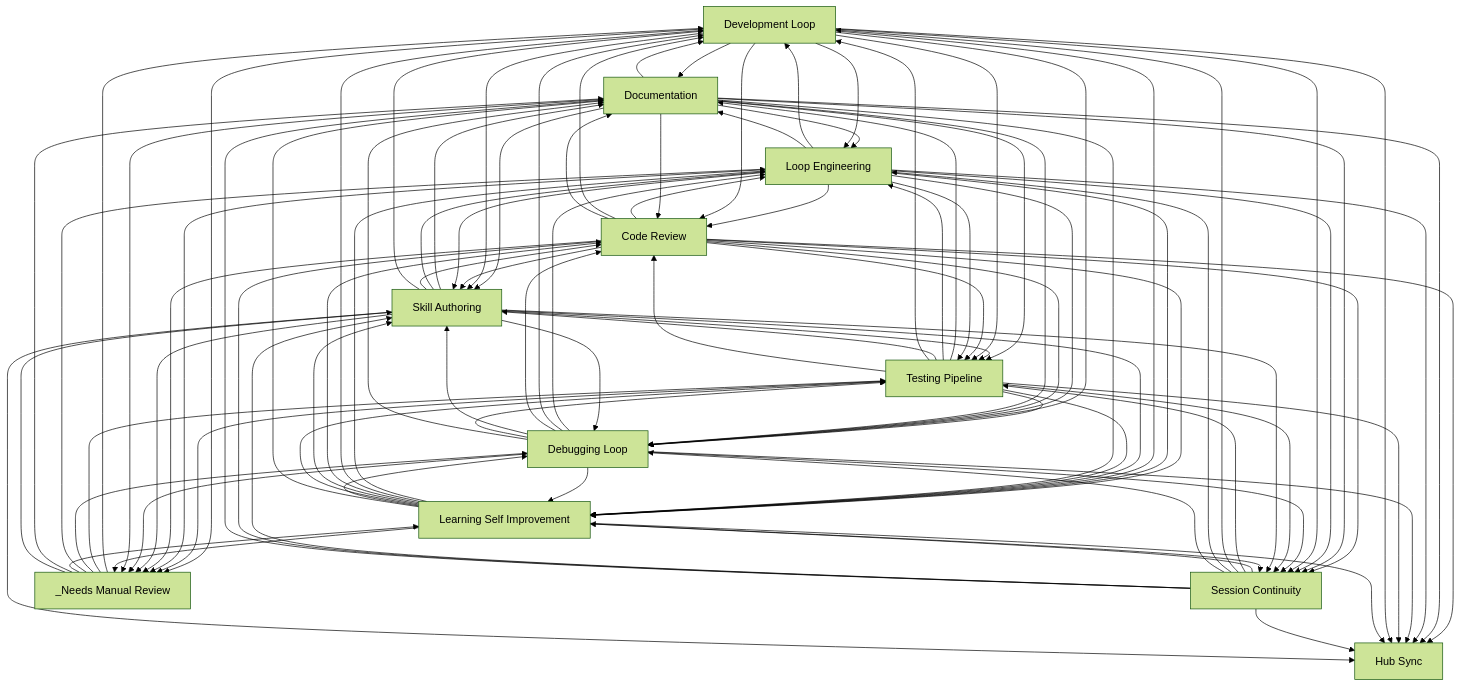
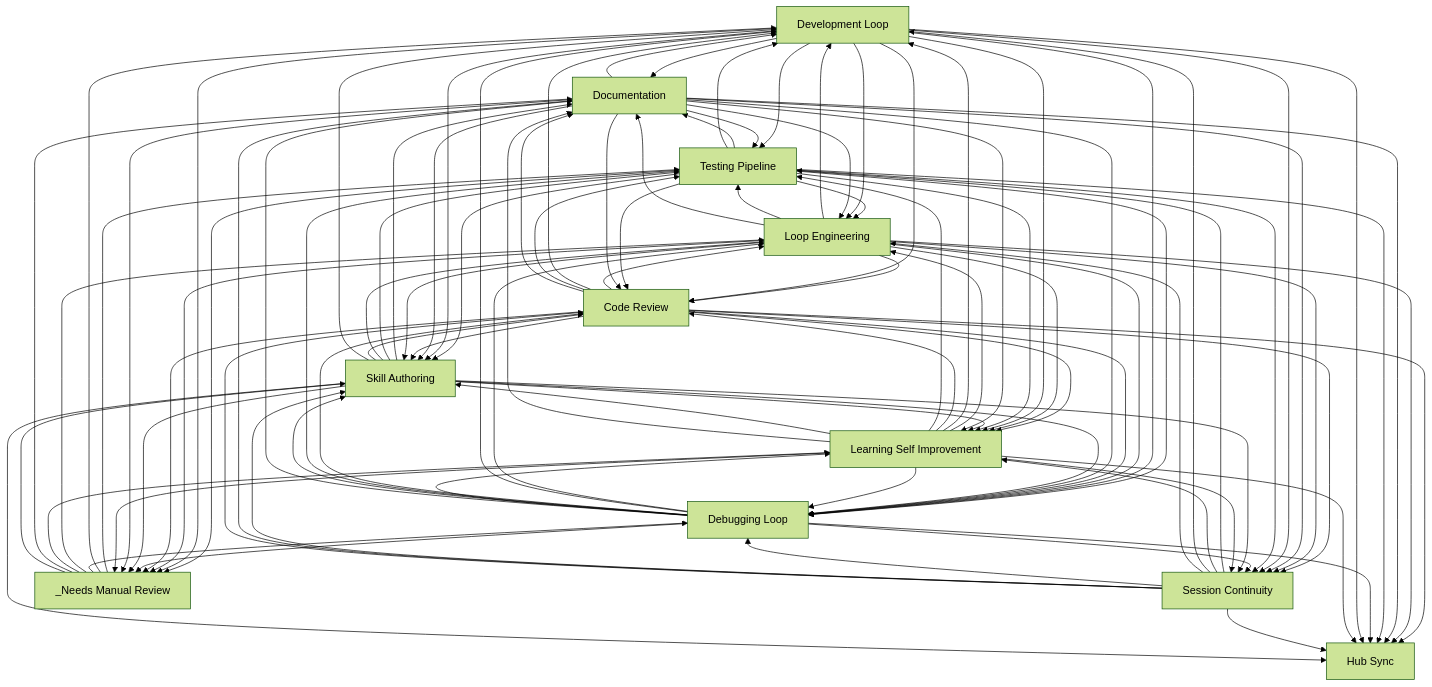
Before and after one commit to abhayla/claude-best-practices: the diagram in docs/workflows/INDEX.md, drawn with Mermaid (forest theme). The commit also changed other lines of this file and 20 other files, not shown here.

````diff
--- a/docs/workflows/INDEX.md
+++ b/docs/workflows/INDEX.md
@@ -33,100 +33,100 @@
     documentation[Documentation]
     hub_sync[Hub Sync]
     _needs_manual_review[_Needs Manual Review]
+    testing_pipeline --> documentation
+    development_loop --> documentation
     skill_authoring --> documentation
-    development_loop --> documentation
-    testing_pipeline --> documentation
+    testing_pipeline --> loop_engineering
+    testing_pipeline --> skill_authoring
+    development_loop --> testing_pipeline
+    development_loop --> loop_engineering
+    development_loop --> skill_authoring
+    documentation --> testing_pipeline
     documentation --> loop_engineering
     documentation --> skill_authoring
-    documentation --> testing_pipeline
+    skill_authoring --> testing_pipeline
     skill_authoring --> loop_engineering
-    skill_authoring --> testing_pipeline
-    development_loop --> loop_engineering
-    development_loop --> skill_authoring
-    development_loop --> testing_pipeline
-    testing_pipeline --> loop_engineering
-    testing_pipeline --> skill_authoring
     code_review --> loop_engineering
     code_review --> development_loop
+    code_review --> testing_pipeline
     code_review --> skill_authoring
-    code_review --> testing_pipeline
     loop_engineering --> development_loop
     loop_engineering --> code_review
+    loop_engineering --> testing_pipeline
     loop_engineering --> skill_authoring
-    loop_engineering --> testing_pipeline
     development_loop --> code_review
     code_review --> learning_self_improvement
     loop_engineering --> learning_self_improvement
     development_loop --> learning_self_improvement
+    testing_pipeline --> development_loop
+    _needs_manual_review --> testing_pipeline
     _needs_manual_review --> development_loop
-    _needs_manual_review --> testing_pipeline
-    testing_pipeline --> development_loop
+    testing_pipeline --> debugging_loop
     _needs_manual_review --> debugging_loop
     _needs_manual_review --> loop_engineering
-    testing_pipeline --> debugging_loop
     testing_pipeline --> code_review
     debugging_loop --> loop_engineering
     debugging_loop --> development_loop
     debugging_loop --> code_review
+    debugging_loop --> testing_pipeline
     debugging_loop --> skill_authoring
-    debugging_loop --> testing_pipeline
     development_loop --> debugging_loop
     documentation --> development_loop
     loop_engineering --> debugging_loop
     loop_engineering --> documentation
     skill_authoring --> code_review
     skill_authoring --> development_loop
+    testing_pipeline --> learning_self_improvement
     skill_authoring --> learning_self_improvement
-    testing_pipeline --> learning_self_improvement
+    testing_pipeline --> _needs_manual_review
     development_loop --> _needs_manual_review
-    testing_pipeline --> _needs_manual_review
     code_review --> debugging_loop
     documentation --> code_review
     documentation --> debugging_loop
-    code_review --> hub_sync
     code_review --> documentation
     code_review --> session_continuity
+    code_review --> hub_sync
+    loop_engineering --> session_continuity
+    loop_engineering --> hub_sync
+    documentation --> session_continuity
     documentation --> hub_sync
     documentation --> learning_self_improvement
-    documentation --> session_continuity
-    loop_engineering --> hub_sync
-    loop_engineering --> session_continuity
+    development_loop --> session_continuity
+    session_continuity --> testing_pipeline
     session_continuity --> learning_self_improvement
-    session_continuity --> testing_pipeline
-    development_loop --> session_continuity
     _needs_manual_review --> learning_self_improvement
+    testing_pipeline --> session_continuity
+    debugging_loop --> session_continuity
     debugging_loop --> learning_self_improvement
-    debugging_loop --> session_continuity
-    testing_pipeline --> session_continuity
+    testing_pipeline --> hub_sync
+    debugging_loop --> documentation
     debugging_loop --> hub_sync
-    debugging_loop --> documentation
-    testing_pipeline --> hub_sync
     development_loop --> hub_sync
+    skill_authoring --> session_continuity
     session_continuity --> development_loop
+    skill_authoring --> debugging_loop
     session_continuity --> loop_engineering
     session_continuity --> debugging_loop
-    skill_authoring --> session_continuity
-    skill_authoring --> debugging_loop
     learning_self_improvement --> loop_engineering
     learning_self_improvement --> development_loop
     learning_self_improvement --> code_review
+    learning_self_improvement --> debugging_loop
+    learning_self_improvement --> testing_pipeline
     learning_self_improvement --> skill_authoring
-    learning_self_improvement --> testing_pipeline
-    learning_self_improvement --> debugging_loop
     loop_engineering --> _needs_manual_review
     code_review --> _needs_manual_review
+    debugging_loop --> _needs_manual_review
     skill_authoring --> _needs_manual_review
-    debugging_loop --> _needs_manual_review
     _needs_manual_review --> documentation
     _needs_manual_review --> skill_authoring
     learning_self_improvement --> session_continuity
     documentation --> _needs_manual_review
     session_continuity --> skill_authoring
+    learning_self_improvement --> documentation
     learning_self_improvement --> hub_sync
-    learning_self_improvement --> documentation
+    session_continuity --> documentation
+    session_continuity --> code_review
     session_continuity --> hub_sync
-    session_continuity --> code_review
-    session_continuity --> documentation
     skill_authoring --> hub_sync
     learning_self_improvement --> _needs_manual_review
 ```
````
